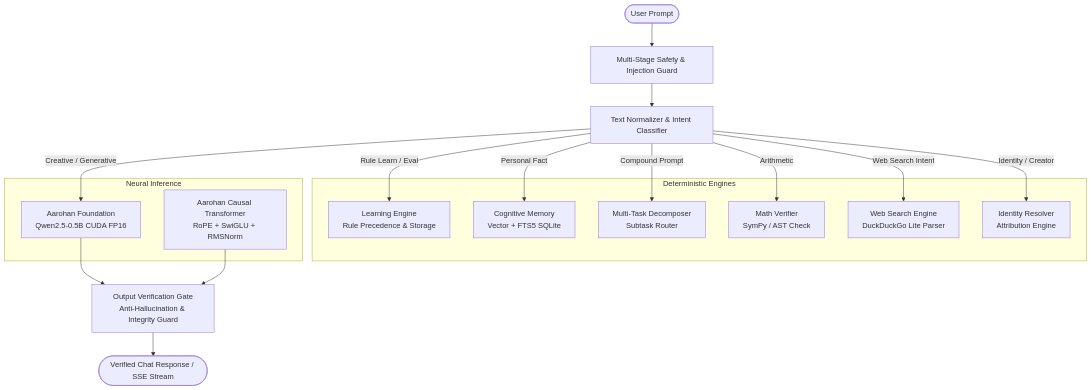
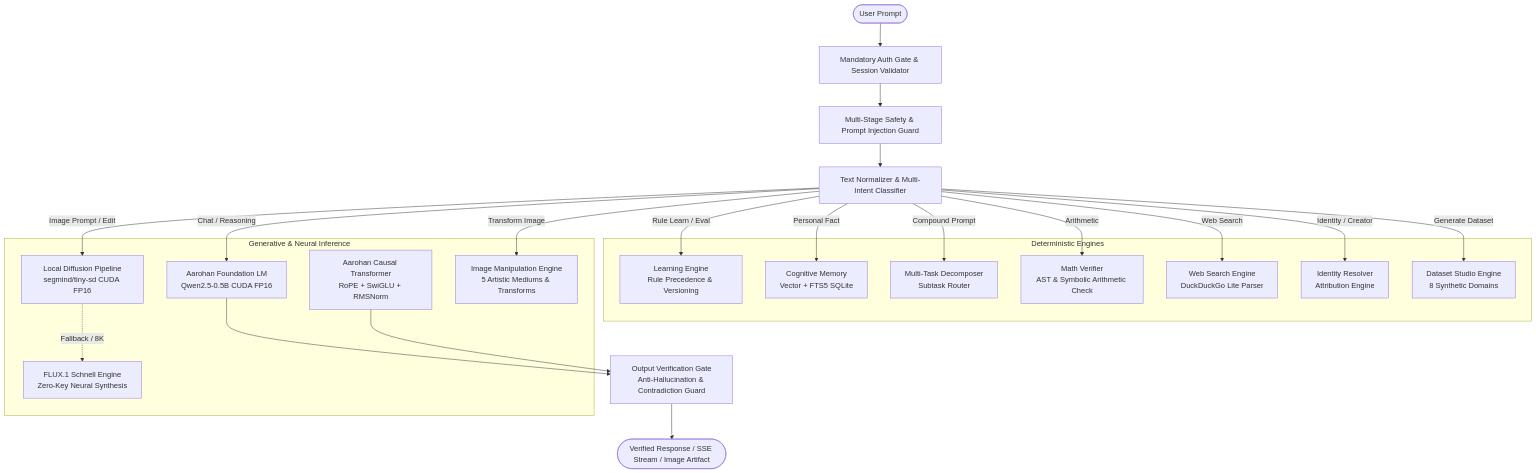
The diagram in README.md (sabledattatray/aarohan-ai), drawn with Mermaid before and after one commit. The commit also changed other lines of this file, not shown here.

Commit message:
docs: comprehensive README overhaul detailing 13 workspaces, Image Studio, enterprise auth, and RTX 2060 benchmarks

````diff
--- a/README.md
+++ b/README.md
@@ -111,32 +135,41 @@
 ```mermaid
 flowchart TD
-    User([User Prompt]) --> Safety[Multi-Stage Safety & Injection Guard]
-    Safety --> Normalizer[Text Normalizer & Intent Classifier]
+    User([User Prompt]) --> Auth[Mandatory Auth Gate & Session Validator]
+    Auth --> Safety[Multi-Stage Safety & Prompt Injection Guard]
+    Safety --> Normalizer[Text Normalizer & Multi-Intent Classifier]
     
     subgraph Deterministic Engines
-        LearnEng[Learning Engine\nRule Precedence & Storage]
+        LearnEng[Learning Engine\nRule Precedence & Versioning]
         MemEng[Cognitive Memory\nVector + FTS5 SQLite]
         Decomp[Multi-Task Decomposer\nSubtask Router]
-        MathV[Math Verifier\nSymPy / AST Check]
+        MathV[Math Verifier\nAST & Symbolic Arithmetic Check]
         WebS[Web Search Engine\nDuckDuckGo Lite Parser]
         Ident[Identity Resolver\nAttribution Engine]
+        DatasetGen[Dataset Studio Engine\n8 Synthetic Domains]
     end
     
-    subgraph Neural Inference
-        Qwen[Aarohan Foundation\nQwen2.5-0.5B CUDA FP16]
+    subgraph Generative & Neural Inference
+        Qwen[Aarohan Foundation LM\nQwen2.5-0.5B CUDA FP16]
         CustomLM[Aarohan Causal Transformer\nRoPE + SwiGLU + RMSNorm]
+        LocalSD[Local Diffusion Pipeline\nsegmind/tiny-sd CUDA FP16]
+        FluxSchnell[FLUX.1 Schnell Engine\nZero-Key Neural Synthesis]
+        ImgEditor[Image Manipulation Engine\n5 Artistic Mediums & Transforms]
     end
     
     Normalizer -->|Rule Learn / Eval| LearnEng
     Normalizer -->|Personal Fact| MemEng
     Normalizer -->|Compound Prompt| Decomp
     Normalizer -->|Arithmetic| MathV
-    Normalizer -->|Web Search Intent| WebS
+    Normalizer -->|Web Search| WebS
     Normalizer -->|Identity / Creator| Ident
-    Normalizer -->|Creative / Generative| Qwen
+    Normalizer -->|Generate Dataset| DatasetGen
+    Normalizer -->|Image Prompt / Edit| LocalSD
+    LocalSD -.->|Fallback / 8K| FluxSchnell
+    Normalizer -->|Transform Image| ImgEditor
+    Normalizer -->|Chat / Reasoning| Qwen
     
-    Qwen --> Gate[Output Verification Gate\nAnti-Hallucination & Integrity Guard]
+    Qwen --> Gate[Output Verification Gate\nAnti-Hallucination & Contradiction Guard]
     CustomLM --> Gate
     
-    Gate --> Delivery([Verified Chat Response / SSE Stream])
+    Gate --> Delivery([Verified Response / SSE Stream / Image Artifact])
 ```
````
